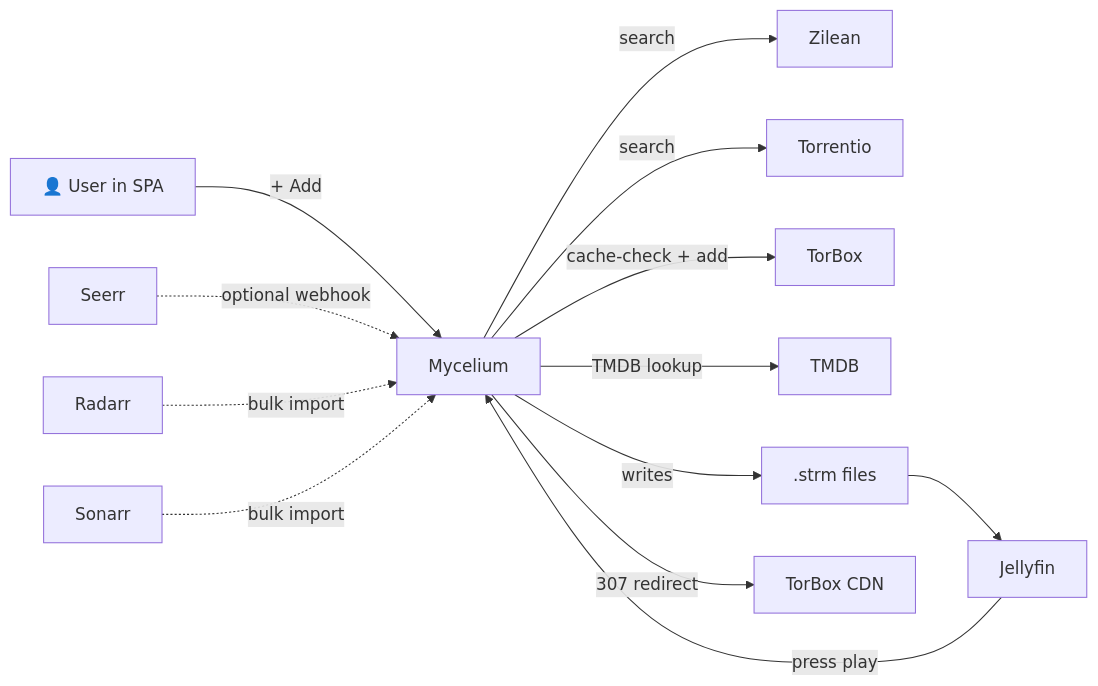
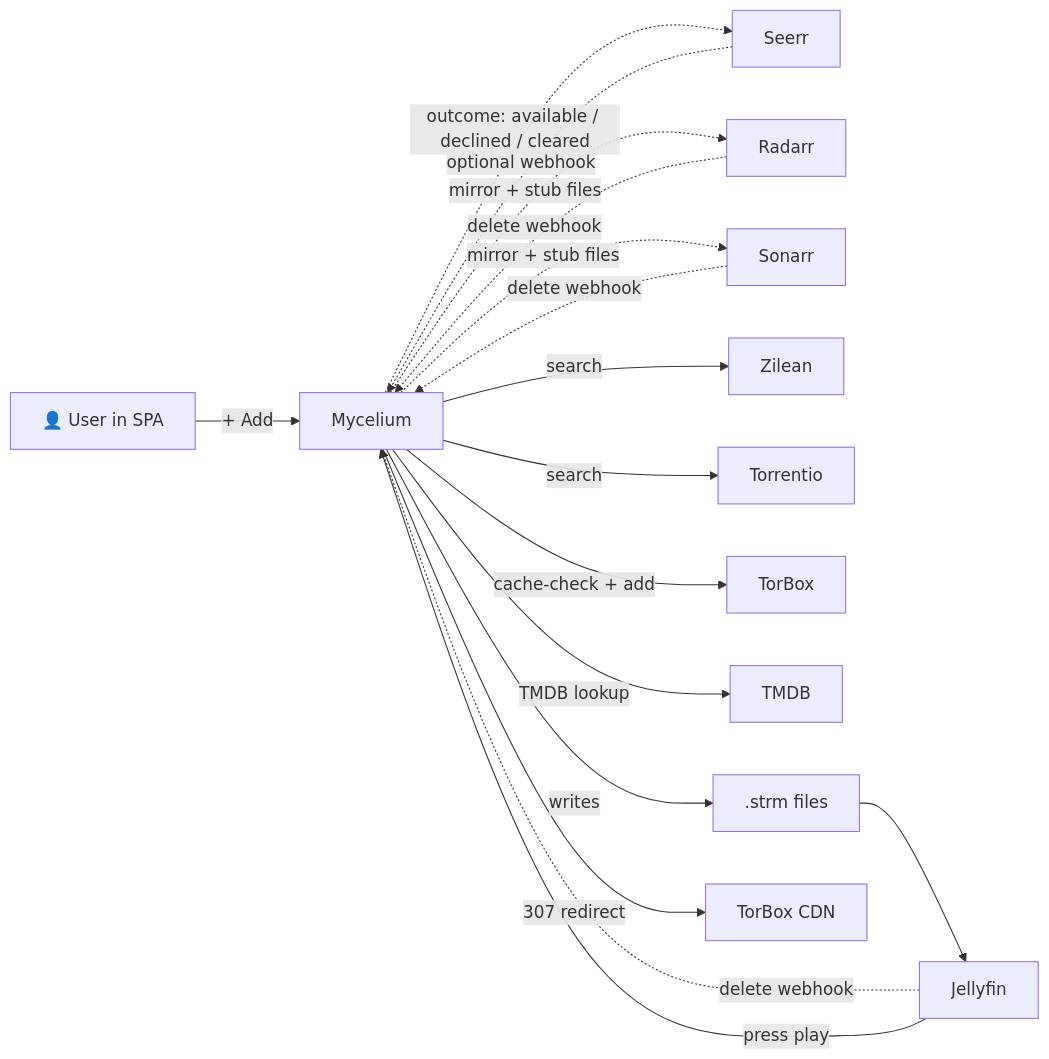
One commit to adamlippert/mycelium changed the second of 2 diagrams in README.md. Above: the diagram before and after it, drawn with Mermaid. The commit also changed other lines of this file and 1 other file, not shown here.

````diff
--- a/README.md
+++ b/README.md
@@ -360,14 +373,16 @@
 ```mermaid
 flowchart LR
     User[👤 User in SPA] -->|+ Add| Mycelium
     Seerr -.->|optional webhook| Mycelium
-    Radarr -.->|bulk import| Mycelium
-    Sonarr -.->|bulk import| Mycelium
+    Mycelium -.->|outcome: available / declined / cleared| Seerr
+    Mycelium -.->|mirror + stub files| Radarr & Sonarr
+    Radarr & Sonarr -.->|delete webhook| Mycelium
+    Jellyfin -.->|delete webhook| Mycelium
     Mycelium -->|search| Zilean & Torrentio
     Mycelium -->|cache-check + add| TorBox
     Mycelium -->|TMDB lookup| TMDB
     Mycelium -->|writes| strm[.strm files]
     strm --> Jellyfin
     Jellyfin -->|press play| Mycelium
     Mycelium -->|307 redirect| CDN[TorBox CDN]
 ```
````
